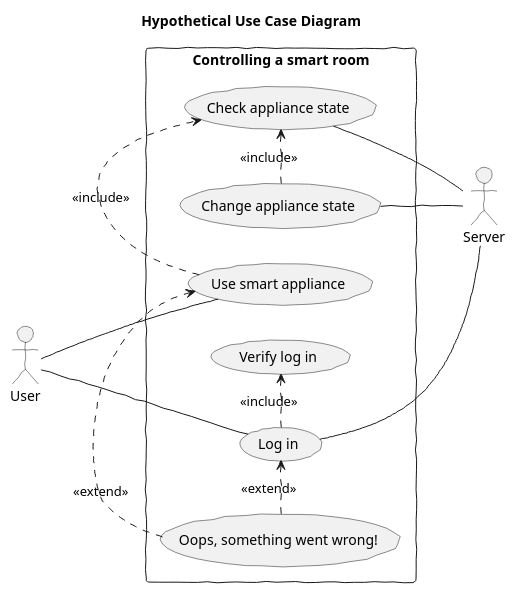
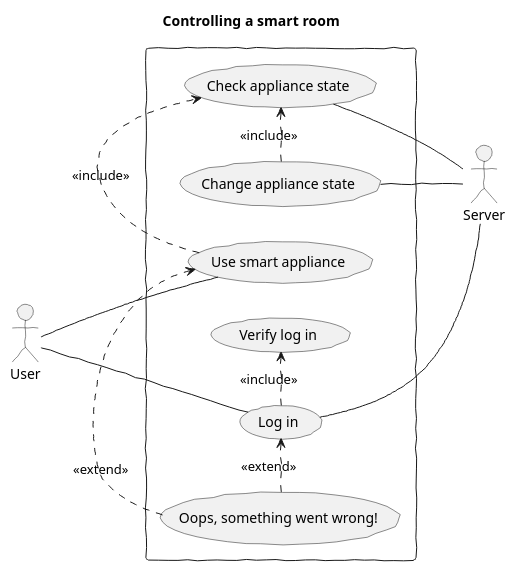
Before and after one commit to mikezamayias/glowing-sniffle: the diagram in Current Courses/Agile Programming/Assignments/Assignment UML/use_case.wsd, drawn with PlantUML.

Commit message:
minor update

```diff
--- a/Current Courses/Agile Programming/Assignments/Assignment UML/use_case.wsd
+++ b/Current Courses/Agile Programming/Assignments/Assignment UML/use_case.wsd
@@ -1,36 +1,35 @@
 @startuml
 
 skinparam handwritten true
 skinparam monochrome true
 ' skinparam DefaultFontName Fira Code
 skinparam DefaultFontName xkcd script
 skinparam packageStyle rectangle
 left to right direction
 
-title Hypothetical Use Case Diagram
+title Controlling a smart room
 
 actor "User" as user
 actor "Server" as server
-' actor "Guest" as guest
 
-rectangle "Controlling a smart room" {
+rectangle {
 	usecase "Use smart appliance" as useSmartAppliance
 	usecase "Check appliance state" as checkApplianceState
 	usecase "Oops, something went wrong!" as error
 	usecase "Change appliance state" as changeApplianceState
 	usecase "Log in" as login
 	usecase "Verify log in" as verifyLogIn
 
 	user -- login
 	login -- server
 	user -- useSmartAppliance
 	changeApplianceState -- server
 	checkApplianceState -- server
 	useSmartAppliance .> checkApplianceState : <<include>>
 	changeApplianceState .> checkApplianceState : <<include>>
 	login .> verifyLogIn : <<include>>
 	error .> useSmartAppliance : <<extend>>
 	error .> login : <<extend>>
 }
 
 @enduml
```
